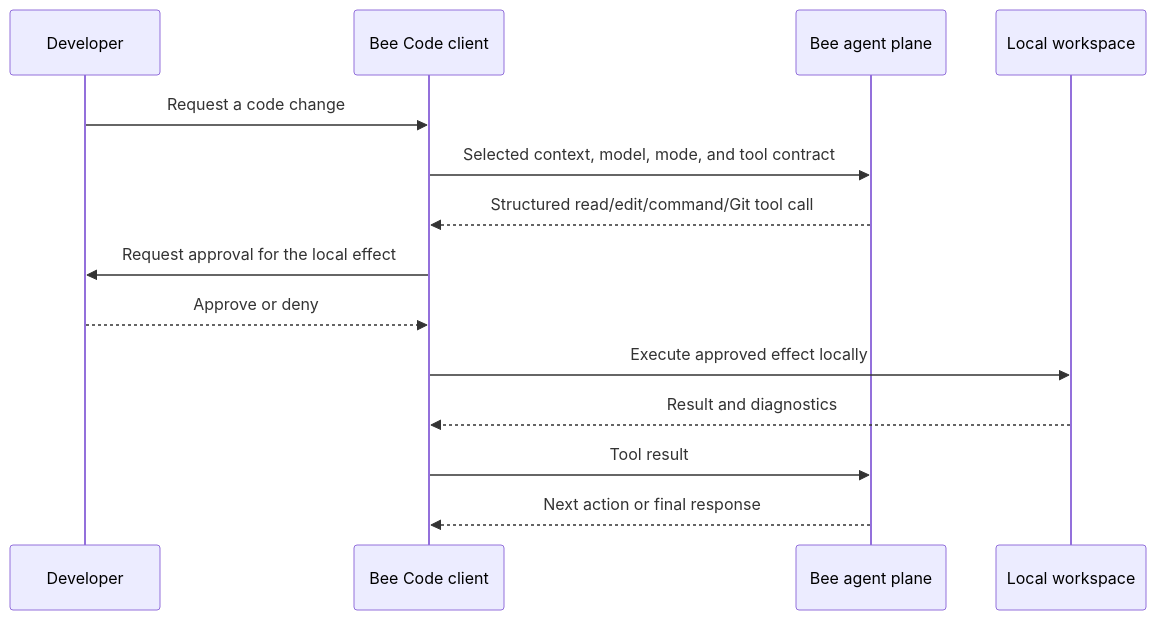
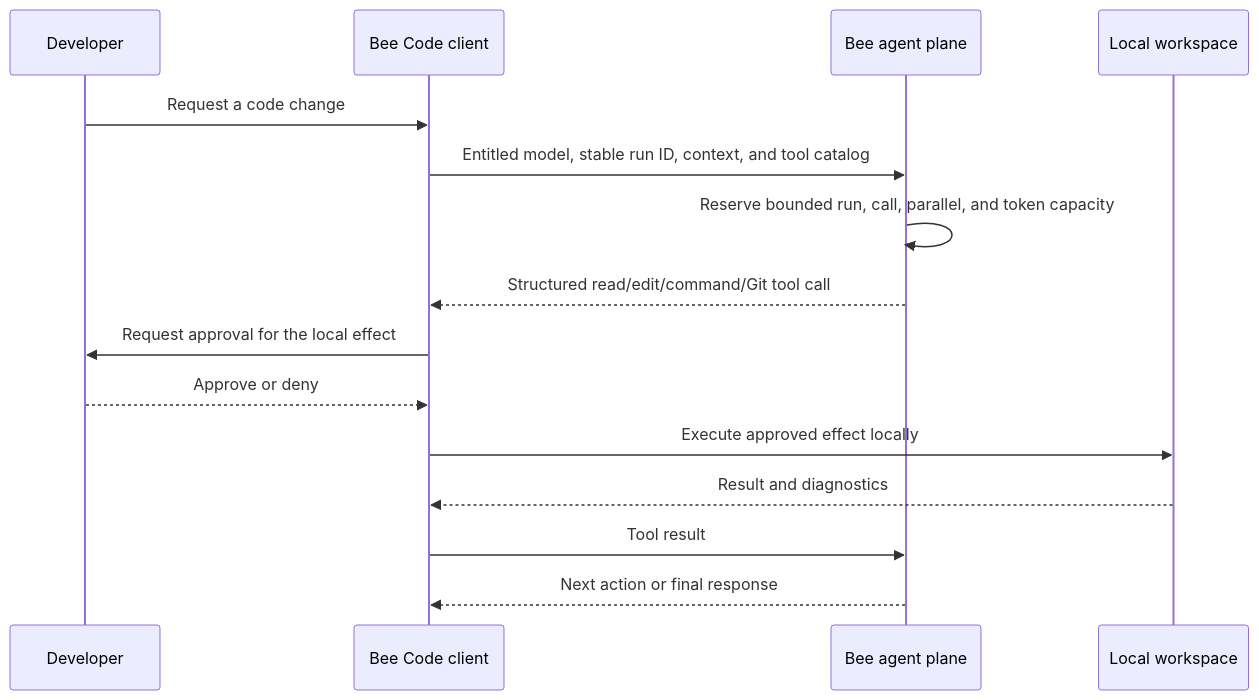
The diagram in docs/scenarios/bee-code.md (cuilabs/bee-community), drawn with Mermaid before and after one commit. The commit also changed other lines of this file and 7 other files, not shown here.

Commit message:
docs: publish bounded Bee Code orchestration contract

````diff
--- a/docs/scenarios/bee-code.md
+++ b/docs/scenarios/bee-code.md
@@ -7,17 +8,18 @@
 ```mermaid
 sequenceDiagram
   participant Developer
   participant Client as Bee Code client
   participant API as Bee agent plane
   participant Workspace as Local workspace
 
   Developer->>Client: Request a code change
-  Client->>API: Selected context, model, mode, and tool contract
+  Client->>API: Entitled model, stable run ID, context, and tool catalog
+  API->>API: Reserve bounded run, call, parallel, and token capacity
   API-->>Client: Structured read/edit/command/Git tool call
   Client->>Developer: Request approval for the local effect
   Developer-->>Client: Approve or deny
   Client->>Workspace: Execute approved effect locally
   Workspace-->>Client: Result and diagnostics
   Client->>API: Tool result
   API-->>Client: Next action or final response
 ```
````
